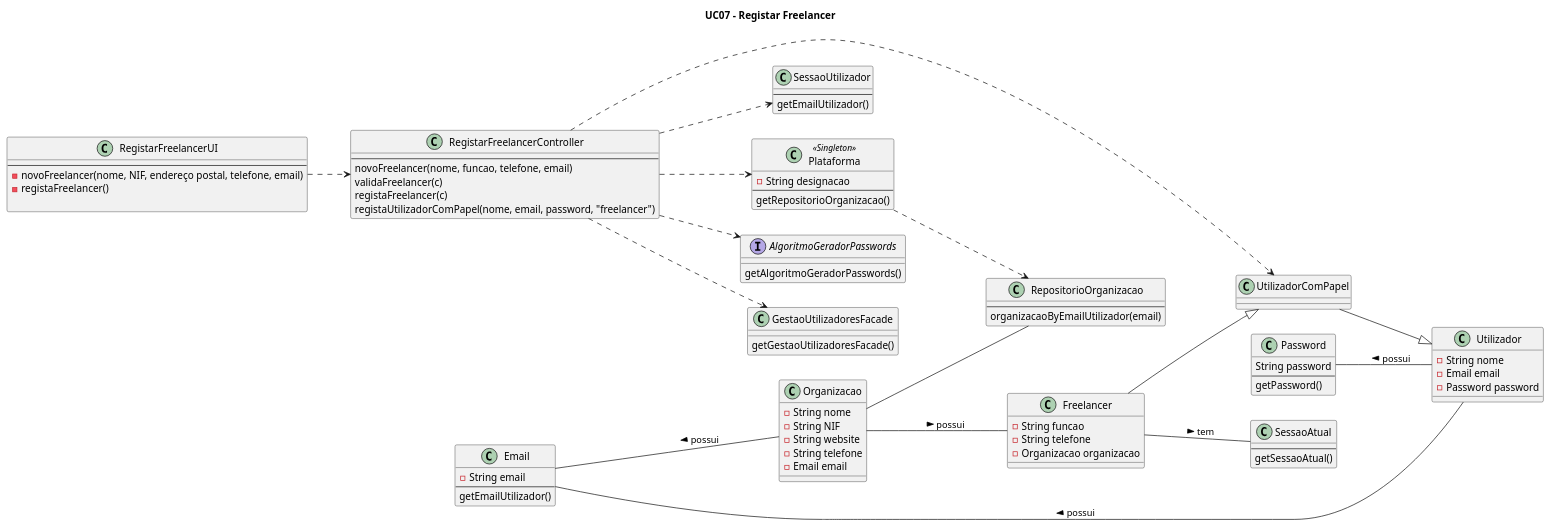
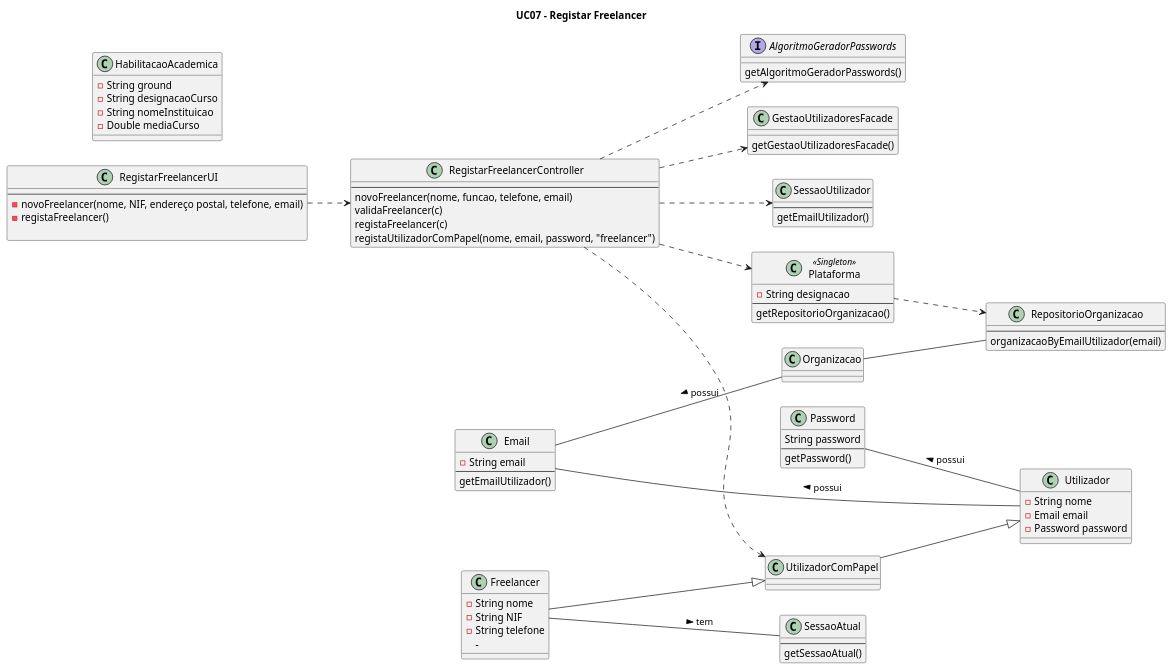
Before and after one commit to blestonbandeiraUPSKILL/upskill_java1_labprg_grupo2: the diagram in Documentação/Sprint 3/UC07_Registar_Freelancer/UC07_Registar_Freelancer_Diagrama_Classes.puml, drawn with PlantUML.

```diff
--- a/Documentação/Sprint 3/UC07_Registar_Freelancer/UC07_Registar_Freelancer_Diagrama_Classes.puml
+++ b/Documentação/Sprint 3/UC07_Registar_Freelancer/UC07_Registar_Freelancer_Diagrama_Classes.puml
@@ -1,104 +1,104 @@
 @startuml
 
 title UC07 - Registar Freelancer
 
 left to right direction
 
 class Plataforma <<Singleton>> {
     -String designacao
     --
     getRepositorioOrganizacao()
 }
 
 class RegistarFreelancerUI{
     --
     -novoFreelancer(nome, NIF, endereço postal, telefone, email)
     -registaFreelancer()
 
 }
 
 class RegistarFreelancerController{
     --
     novoFreelancer(nome, funcao, telefone, email)
     validaFreelancer(c)
     registaFreelancer(c)
     registaUtilizadorComPapel(nome, email, password, "freelancer")
 }
 
-class Organizacao {
+class Freelancer {
     -String nome
     -String NIF
-    -String website
     -String telefone
-    -Email email
+    -
 }
 
-class Freelancer {
-    -String funcao
-    -String telefone
-    -Organizacao organizacao
+class HabilitacaoAcademica {
+    -String ground
+    -String designacaoCurso
+    -String nomeInstituicao
+    -Double mediaCurso
 }
 
 class Utilizador {
     -String nome
     -Email email
     -Password password
 }
 
 class GestaoUtilizadoresFacade{
     getGestaoUtilizadoresFacade()
 }
 
 class SessaoAtual{
     --
     getSessaoAtual()
 }
 
 class SessaoUtilizador{
     --
     getEmailUtilizador()
 }
 
 class RepositorioOrganizacao{
     --
     organizacaoByEmailUtilizador(email)
 }
 
 interface AlgoritmoGeradorPasswords{
     getAlgoritmoGeradorPasswords()
 }
 
 class Password{
     String password
     --
     getPassword()
 }
 
 class UtilizadorComPapel{
 }
 
 
 class Email {
     -String email
     --
     getEmailUtilizador()
 }
 
 RegistarFreelancerUI ..> RegistarFreelancerController
 RegistarFreelancerController ..> Plataforma
 RegistarFreelancerController ..> GestaoUtilizadoresFacade
 RegistarFreelancerController ..> SessaoUtilizador
-Organizacao -- Freelancer: possui >
+
 Freelancer --|> UtilizadorComPapel
 UtilizadorComPapel --|> Utilizador
 Email -- Utilizador: < possui
 Password -- Utilizador: < possui
 Email -- Organizacao: < possui
 Organizacao -- RepositorioOrganizacao
 Freelancer -- SessaoAtual: tem >
 RegistarFreelancerController ..> UtilizadorComPapel
 RegistarFreelancerController ..> AlgoritmoGeradorPasswords
 Plataforma ..> RepositorioOrganizacao
 
 
 @enduml
```
